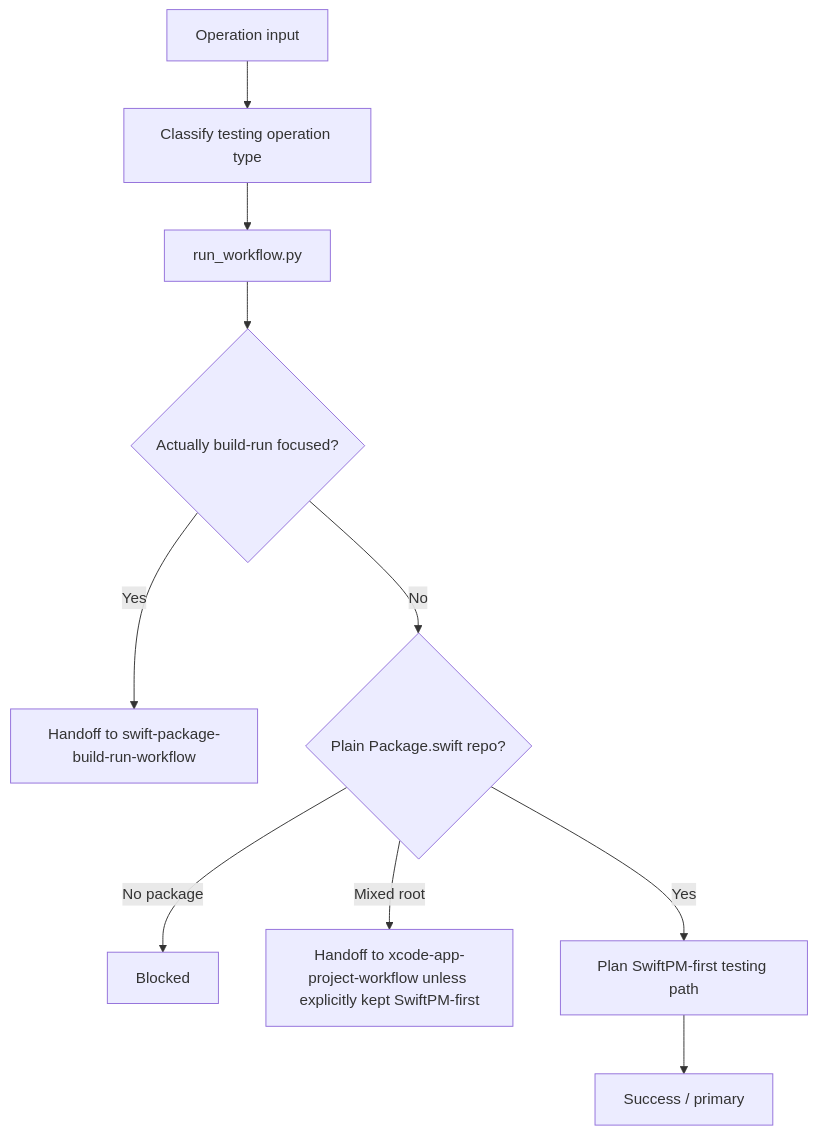
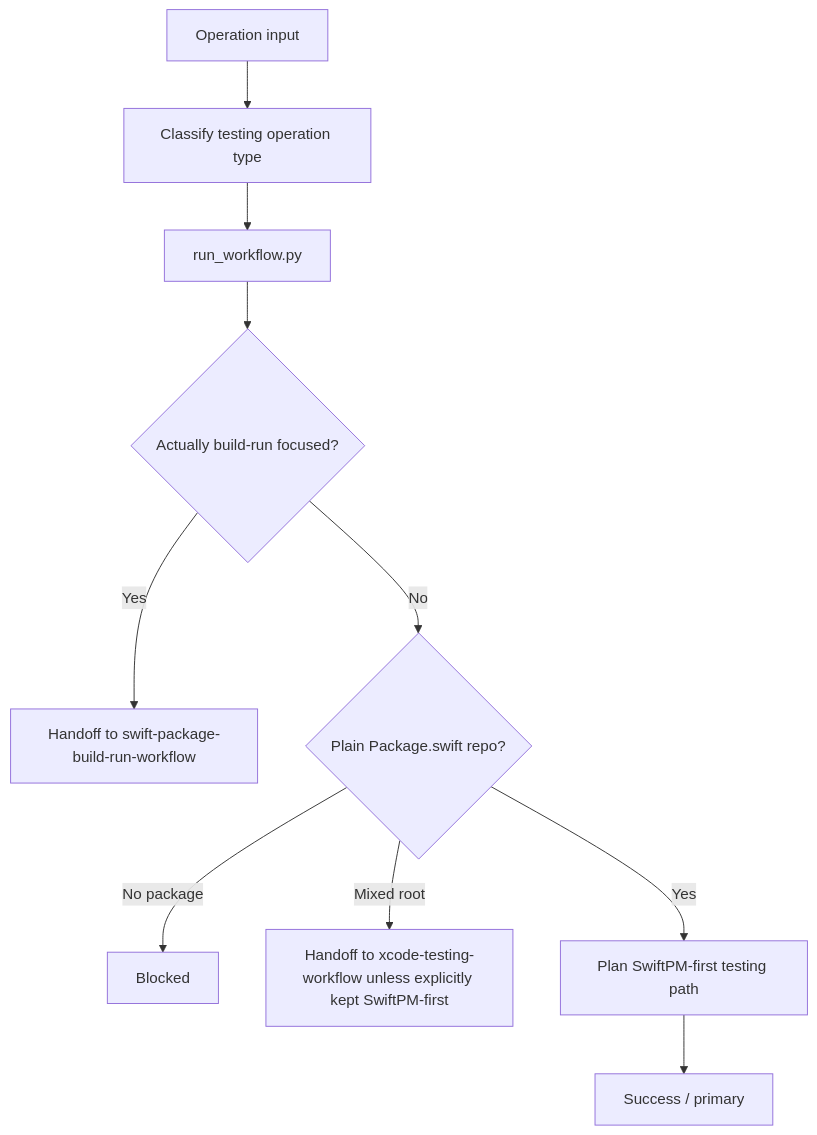
Before and after one commit to gaelic-ghost/apple-dev-skills: the fourth of 12 diagrams in docs/maintainers/workflow-atlas.md, drawn with Mermaid. The commit also changed other lines of this file and 109 other files, not shown here.

Commit message:
Split Xcode workflow by execution concern

````diff
--- a/docs/maintainers/workflow-atlas.md
+++ b/docs/maintainers/workflow-atlas.md
@@ -278,12 +323,12 @@
 ```mermaid
 flowchart TD
     I["Operation input"] --> C["Classify testing operation type"]
     C --> RW["run_workflow.py"]
     RW --> BUILDRUN{"Actually build-run focused?"}
     BUILDRUN -->|Yes| HO1["Handoff to swift-package-build-run-workflow"]
     BUILDRUN -->|No| DETECT{"Plain Package.swift repo?"}
     DETECT -->|No package| BL["Blocked"]
-    DETECT -->|Mixed root| HO2["Handoff to xcode-app-project-workflow unless explicitly kept SwiftPM-first"]
+    DETECT -->|Mixed root| HO2["Handoff to xcode-testing-workflow unless explicitly kept SwiftPM-first"]
     DETECT -->|Yes| CMD["Plan SwiftPM-first testing path"]
     CMD --> OUT["Success / primary"]
 ```
````
